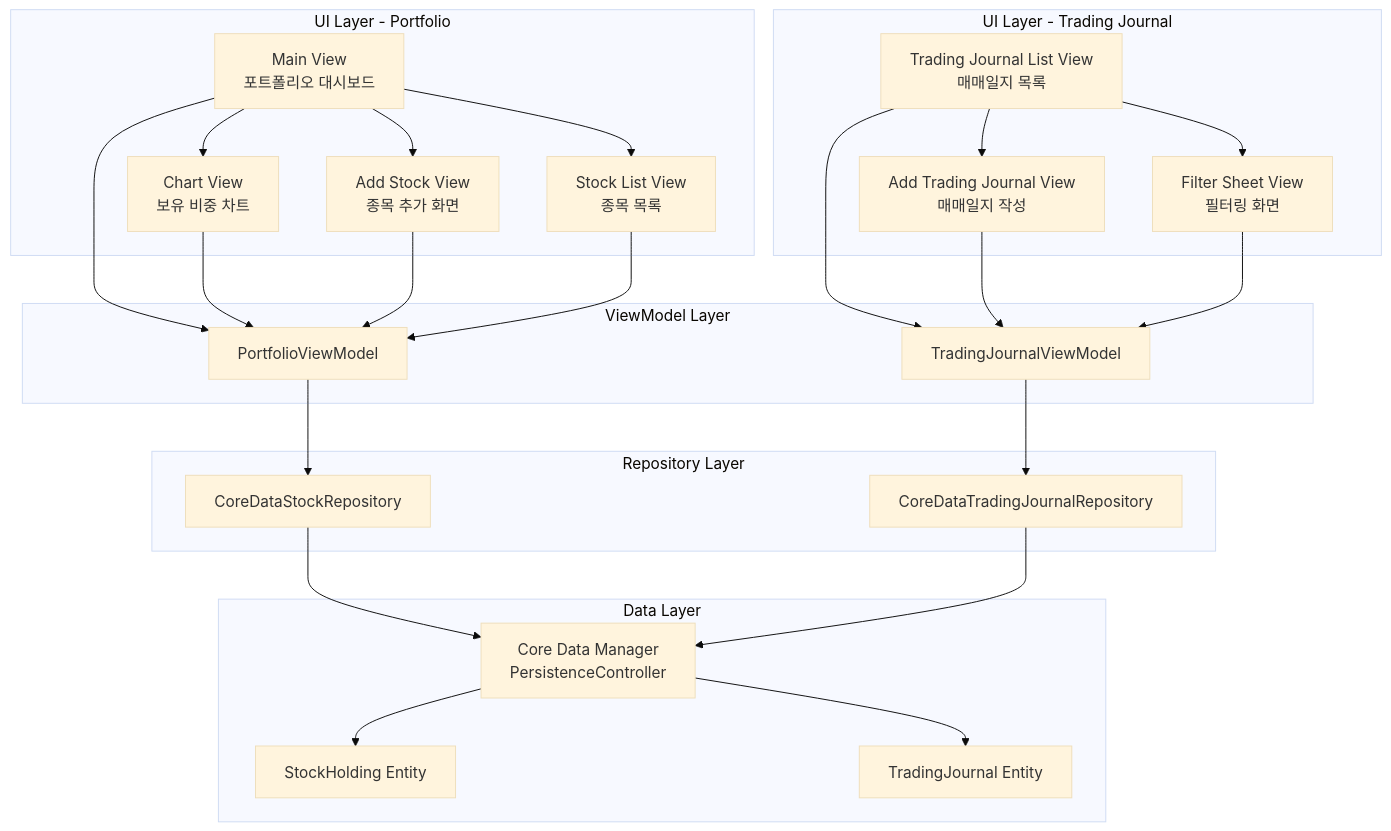
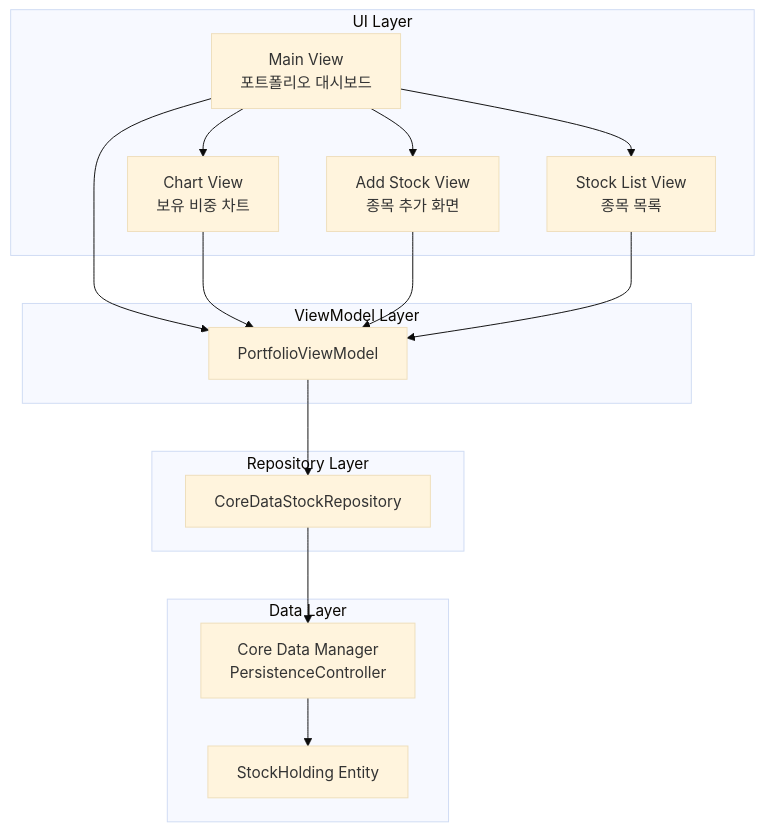
One commit to lkis71/stock-folio changed the first of 2 diagrams in docs/portfolio/DESIGN.md. Above: the diagram before and after it, drawn with Mermaid (base theme). The commit also changed other lines of this file and 1 other file, not shown here.

First line of the commit message:
설계 문서를 portfolio/trading-journal 폴더별로 분리

````diff
--- a/docs/portfolio/DESIGN.md
+++ b/docs/portfolio/DESIGN.md
@@ -21,59 +21,35 @@
 ```mermaid
 graph TB
-    subgraph "UI Layer - Portfolio"
+    subgraph "UI Layer"
         A[Main View<br/>포트폴리오 대시보드]
         B[Chart View<br/>보유 비중 차트]
         C[Add Stock View<br/>종목 추가 화면]
         D[Stock List View<br/>종목 목록]
     end
 
-    subgraph "UI Layer - Trading Journal"
-        H[Trading Journal List View<br/>매매일지 목록]
-        I[Add Trading Journal View<br/>매매일지 작성]
-        J[Filter Sheet View<br/>필터링 화면]
+    subgraph "ViewModel Layer"
+        E[PortfolioViewModel]
     end
 
-    subgraph "ViewModel Layer"
-        E[PortfolioViewModel]
-        K[TradingJournalViewModel]
+    subgraph "Repository Layer"
+        M[CoreDataStockRepository]
     end
 
     subgraph "Data Layer"
         F[Core Data Manager<br/>PersistenceController]
         G[StockHolding Entity]
-        L[TradingJournal Entity]
     end
 
-    subgraph "Repository Layer"
-        M[CoreDataStockRepository]
-        N[CoreDataTradingJournalRepository]
-    end
-
-    %% Portfolio UI connections
     A --> B
     A --> D
     A --> C
 
     A --> E
     B --> E
     C --> E
     D --> E
 
-    %% Trading Journal UI connections
-    H --> I
-    H --> J
-
-    H --> K
-    I --> K
-    J --> K
-
-    %% ViewModel to Repository
     E --> M
-    K --> N
-
-    %% Repository to Core Data
     M --> F
-    N --> F
     F --> G
-    F --> L
 ```
````
